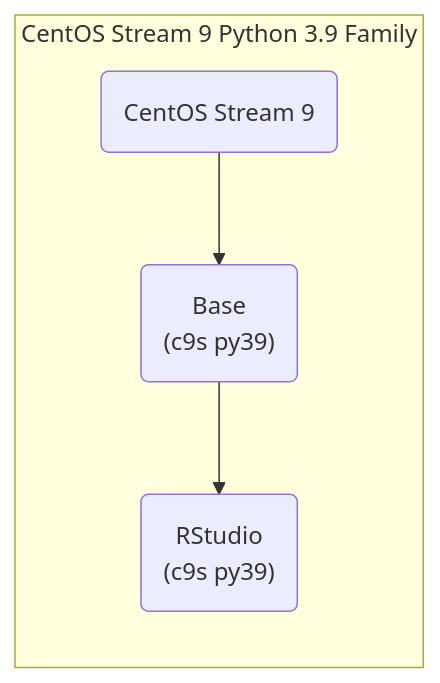
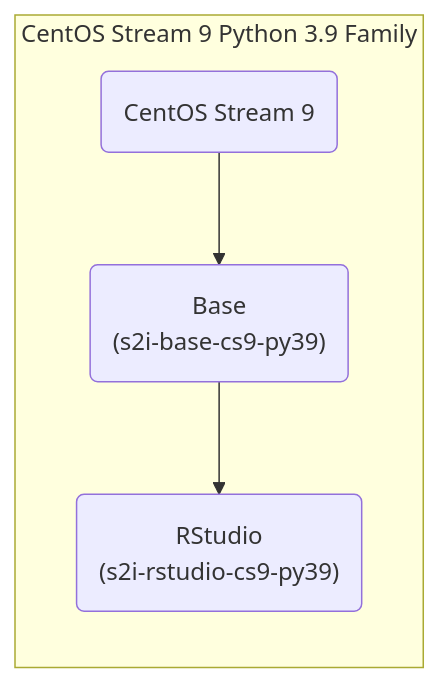
One commit to opendatahub-io-contrib/workbench-images changed the second of 3 diagrams in notebook-controller-images/README.md. Above: the diagram before and after it, drawn with Mermaid. The commit also changed other lines of this file, not shown here.

Commit message:
remove ubi8-py39 tree

````diff
--- a/notebook-controller-images/README.md
+++ b/notebook-controller-images/README.md
@@ -87,8 +87,8 @@
 ```mermaid
 graph LR
     subgraph CentOS Stream 9 Python 3.9 Family
     centosstream9(CentOS Stream 9)-->base-centosstream9py39
-    base-centosstream9py39("Base<br/>(c9s py39)")-->rstudio-ubi8
-    rstudio-ubi8("RStudio<br/>(c9s py39)")
+    base-centosstream9py39("Base<br/>(s2i-base-cs9-py39)")-->rstudio-ubi8
+    rstudio-ubi8("RStudio<br/>(s2i-rstudio-cs9-py39)")
     end
 ```
````
